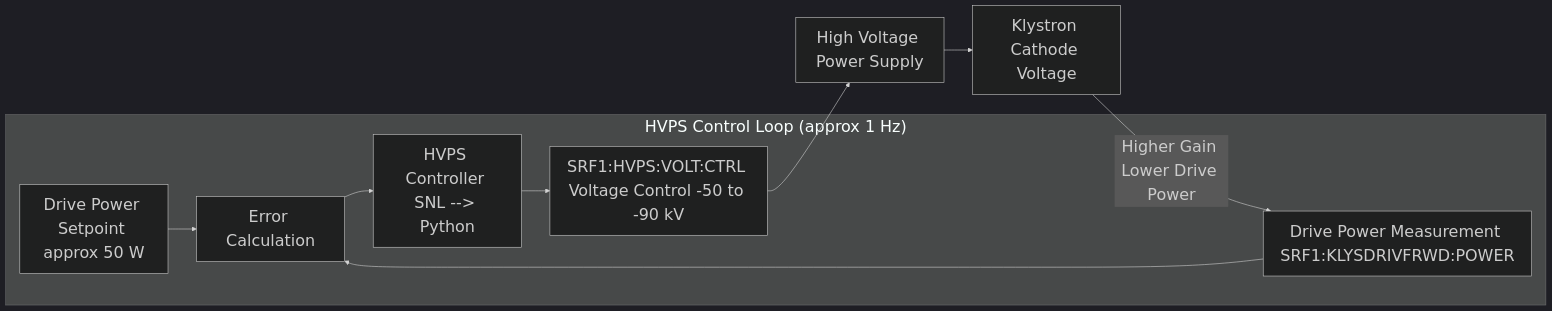
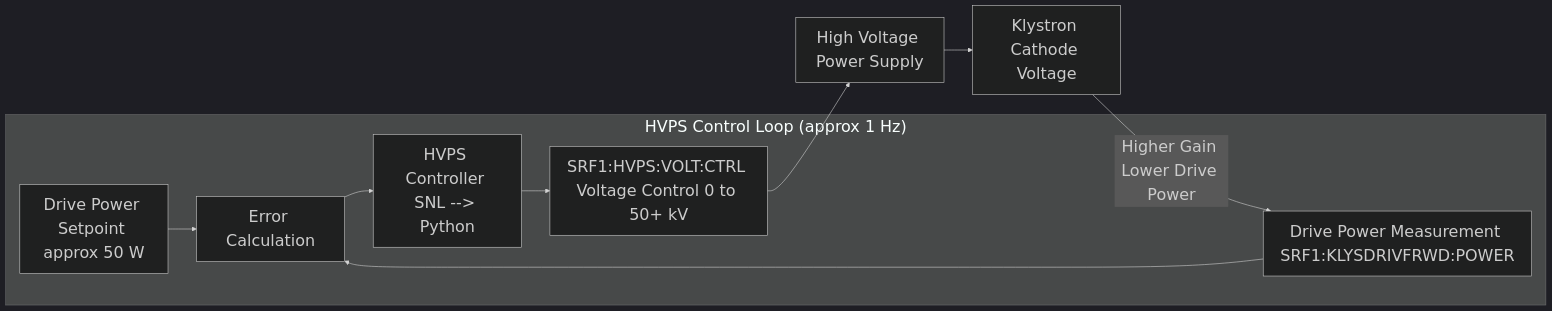
One commit to fayaw/spearlegacyLLRF changed the sixth of 18 diagrams in SPEAR3_LLRF_COMPREHENSIVE_ANALYSIS.md. Above: the diagram before and after it, drawn with Mermaid. The commit also changed other lines of this file, not shown here.

````diff
--- a/SPEAR3_LLRF_COMPREHENSIVE_ANALYSIS.md
+++ b/SPEAR3_LLRF_COMPREHENSIVE_ANALYSIS.md
@@ -286,19 +341,19 @@
 ```mermaid
 %%{init: {'theme':'dark', 'themeVariables': {'fontSize': '28px', 'fontFamily': 'Arial'}}}%%
 graph LR
  subgraph "HVPS Control Loop (approx 1 Hz)"
  Drive_SP[Drive Power Setpoint approx 50 W]
  Drive_Meas[Drive Power Measurement SRF1:KLYSDRIVFRWD:POWER]
  HVPS_Error[Error Calculation]
  HVPS_Controller[HVPS Controller SNL --> Python]
- HVPS_PV[SRF1:HVPS:VOLT:CTRL Voltage Control -50 to -90 kV]
+ HVPS_PV[SRF1:HVPS:VOLT:CTRL Voltage Control 0 to 50+ kV]
  end
  
  Drive_SP --> HVPS_Error
  Drive_Meas --> HVPS_Error
  HVPS_Error --> HVPS_Controller
  HVPS_Controller --> HVPS_PV
  HVPS_PV --> HVPS[High Voltage Power Supply]
  HVPS --> Klystron[Klystron Cathode Voltage]
  Klystron --> |Higher Gain Lower Drive Power| Drive_Meas
 ```
````
